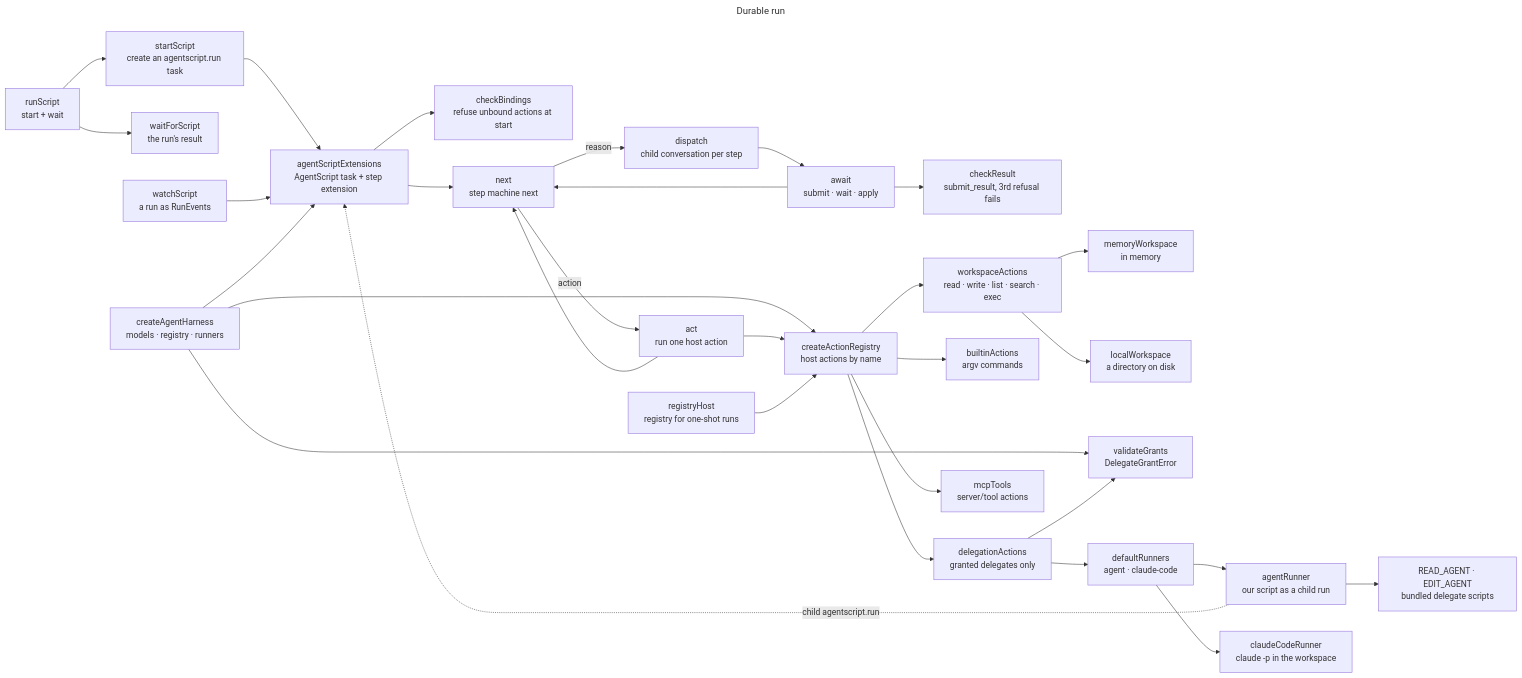
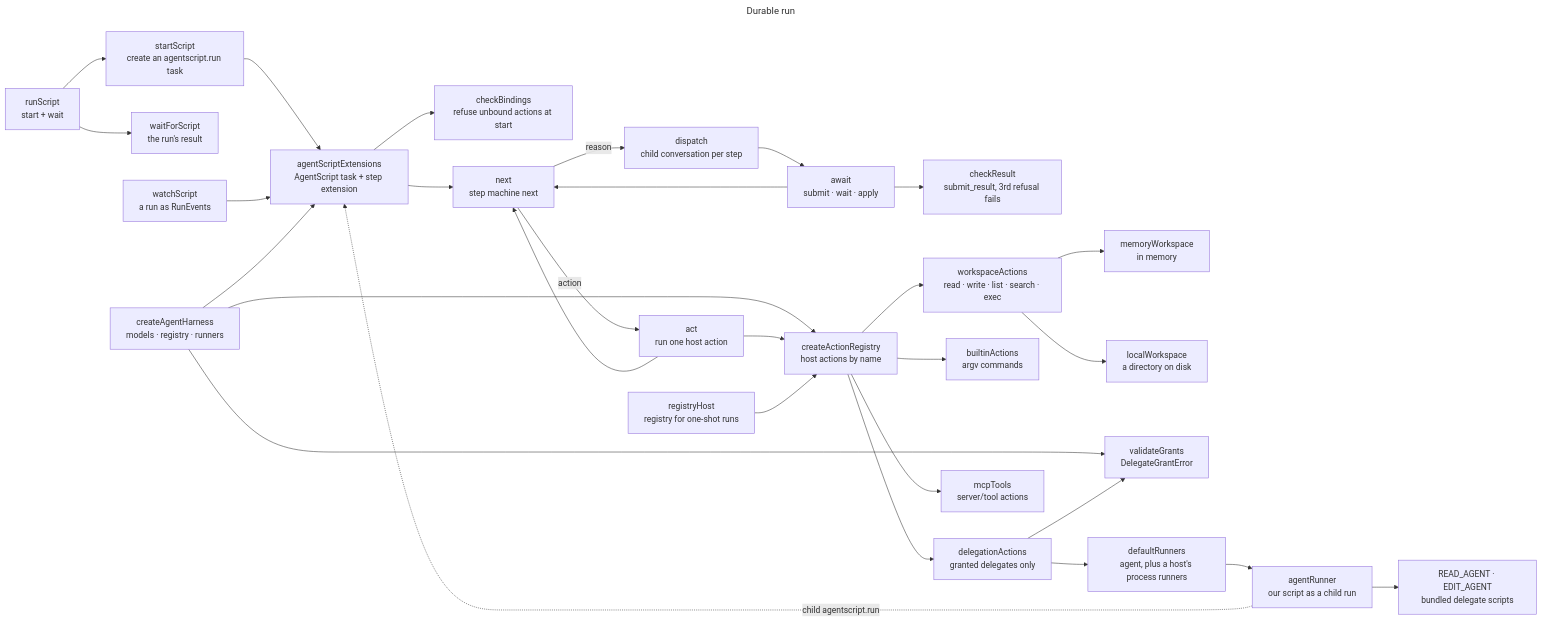
The diagram in blueprint/durable-run.mmd (jtaylorcpp/specsesh-agent), drawn with Mermaid before and after one commit. The commit also changed 56 other files, not shown here.

First line of the commit message:
remove-claude-code-delegate: Claude Code is model access only

```diff
--- a/blueprint/durable-run.mmd
+++ b/blueprint/durable-run.mmd
@@ -1,85 +1,84 @@
 ---
 title: Durable run
 ---
 flowchart LR
   runscript[runScript<br/>start + wait]
   startscript[startScript<br/>create an agentscript.run task]
   wait[waitForScript<br/>the run's result]
   watch[watchScript<br/>a run as RunEvents]
   harness[createAgentHarness<br/>models · registry · runners]
   ext[agentScriptExtensions<br/>AgentScript task + step extension]
   bind[checkBindings<br/>refuse unbound actions at start]
   next[next<br/>step machine next]
   dispatch[dispatch<br/>child conversation per step]
   await[await<br/>submit · wait · apply]
   submit[checkResult<br/>submit_result, 3rd refusal fails]
   act[act<br/>run one host action]
   registry[createActionRegistry<br/>host actions by name]
   toolhost[registryHost<br/>registry for one-shot runs]
   ws[workspaceActions<br/>read · write · list · search · exec]
   mem[memoryWorkspace<br/>in memory]
   local[localWorkspace<br/>a directory on disk]
   builtins[builtinActions<br/>argv commands]
   deleg[delegationActions<br/>granted delegates only]
   grants[validateGrants<br/>DelegateGrantError]
-  runners[defaultRunners<br/>agent · claude-code]
+  runners[defaultRunners<br/>agent, plus a host's process runners]
   agentrun[agentRunner<br/>our script as a child run]
   scripts[READ_AGENT · EDIT_AGENT<br/>bundled delegate scripts]
-  ccrun[claudeCodeRunner<br/>claude -p in the workspace]
   mcptools[mcpTools<br/>server/tool actions]
 
   runscript --> startscript
   runscript --> wait
   startscript --> ext
   watch --> ext
   harness --> ext
   harness --> registry
   harness --> grants
   ext --> bind
   ext --> next
   next -->|reason| dispatch
   dispatch --> await
   await --> submit
   await --> next
   next -->|action| act
   act --> registry
   act --> next
   toolhost --> registry
   registry --> ws
   registry --> builtins
   registry --> deleg
   registry --> mcptools
   ws --> mem
   ws --> local
   deleg --> grants
   deleg --> runners
   runners --> agentrun
-  runners --> ccrun
   agentrun --> scripts
   agentrun -.->|child agentscript.run| ext
 
   %% code: runscript packages/agent/src/durable/host.ts:74
   %% code: startscript packages/agent/src/durable/host.ts:22
   %% code: wait packages/agent/src/durable/host.ts:58
   %% code: watch packages/agent/src/durable/watch.ts:61
   %% code: harness packages/agent/src/durable/harness.ts:16
   %% code: ext packages/agent/src/durable/extension.ts:262
   %% code: bind packages/agent/src/durable/actions.ts:154
   %% code: next packages/agent/src/durable/extension.ts:329
   %% code: dispatch packages/agent/src/durable/extension.ts:350
   %% code: await packages/agent/src/durable/extension.ts:362
   %% code: submit packages/agent/src/durable/result.ts:11
   %% code: act packages/agent/src/durable/extension.ts:372
   %% code: registry packages/agent/src/durable/actions.ts:106
   %% code: toolhost packages/agent/src/durable/tool-host.ts:24
   %% code: ws packages/agent/src/durable/workspace.ts:329
   %% code: mem packages/agent/src/durable/workspace.ts:197
   %% code: local packages/agent/src/node/local-workspace.ts:29
   %% code: builtins packages/agent/src/node/builtins.ts:25
   %% code: deleg packages/agent/src/durable/delegation.ts:160
   %% code: grants packages/agent/src/durable/delegation.ts:87
-  %% code: runners packages/agent/src/node/index.ts:11
+  %% code: runners packages/agent/src/node/index.ts:9
   %% code: agentrun packages/agent/src/durable/agent-runner.ts:162
   %% code: scripts packages/agent/src/durable/delegate-scripts.ts:112
-  %% code: ccrun packages/agent/src/node/claude-code-runner.ts:55
   %% code: mcptools packages/agent/src/mcp/mcp.ts:102
+
+  class runners done
```
